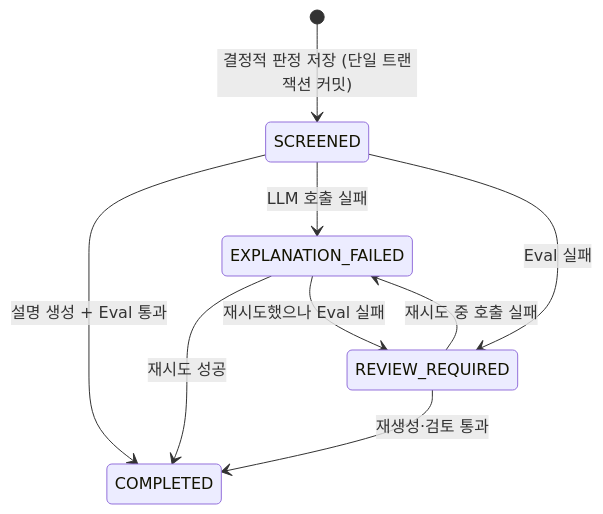
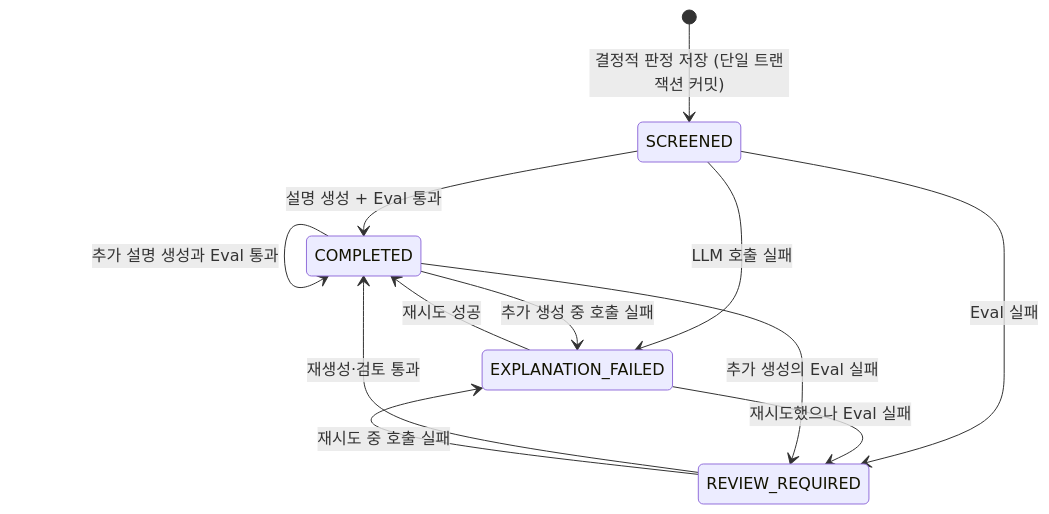
Before and after one commit to Gwangdev/loan-suitability-agent: the second of 3 diagrams in docs/데이터모델.md, drawn with Mermaid. The commit also changed other lines of this file and 7 other files, not shown here.

First line of the commit message:
docs: 개발자 관점의 문서와 다이어그램을 추가한다

````diff
--- a/docs/데이터모델.md
+++ b/docs/데이터모델.md
@@ -119,11 +121,14 @@
 ```mermaid
 stateDiagram-v2
     [*] --> SCREENED: 결정적 판정 저장 (단일 트랜잭션 커밋)
     SCREENED --> COMPLETED: 설명 생성 + Eval 통과
     SCREENED --> EXPLANATION_FAILED: LLM 호출 실패
     SCREENED --> REVIEW_REQUIRED: Eval 실패
     EXPLANATION_FAILED --> COMPLETED: 재시도 성공
     REVIEW_REQUIRED --> COMPLETED: 재생성·검토 통과
     EXPLANATION_FAILED --> REVIEW_REQUIRED: 재시도했으나 Eval 실패
     REVIEW_REQUIRED --> EXPLANATION_FAILED: 재시도 중 호출 실패
+    COMPLETED --> COMPLETED: 추가 설명 생성과 Eval 통과
+    COMPLETED --> EXPLANATION_FAILED: 추가 생성 중 호출 실패
+    COMPLETED --> REVIEW_REQUIRED: 추가 생성의 Eval 실패
 ```
````
